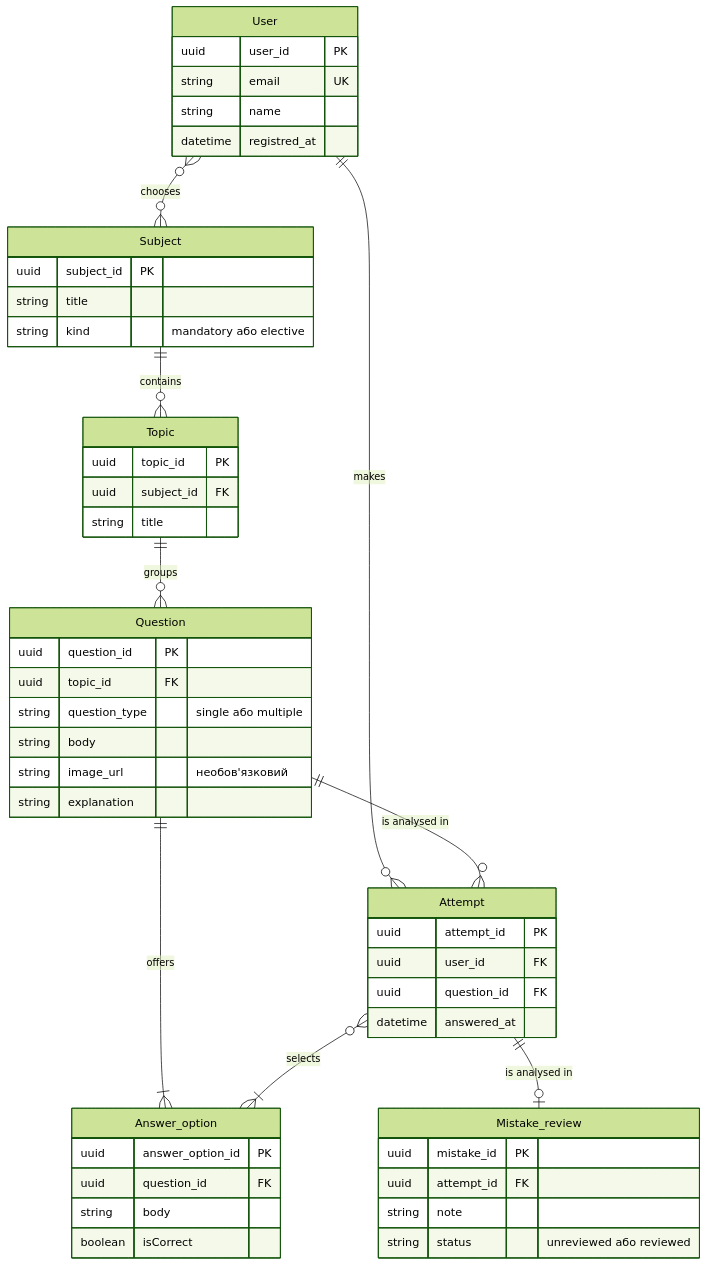
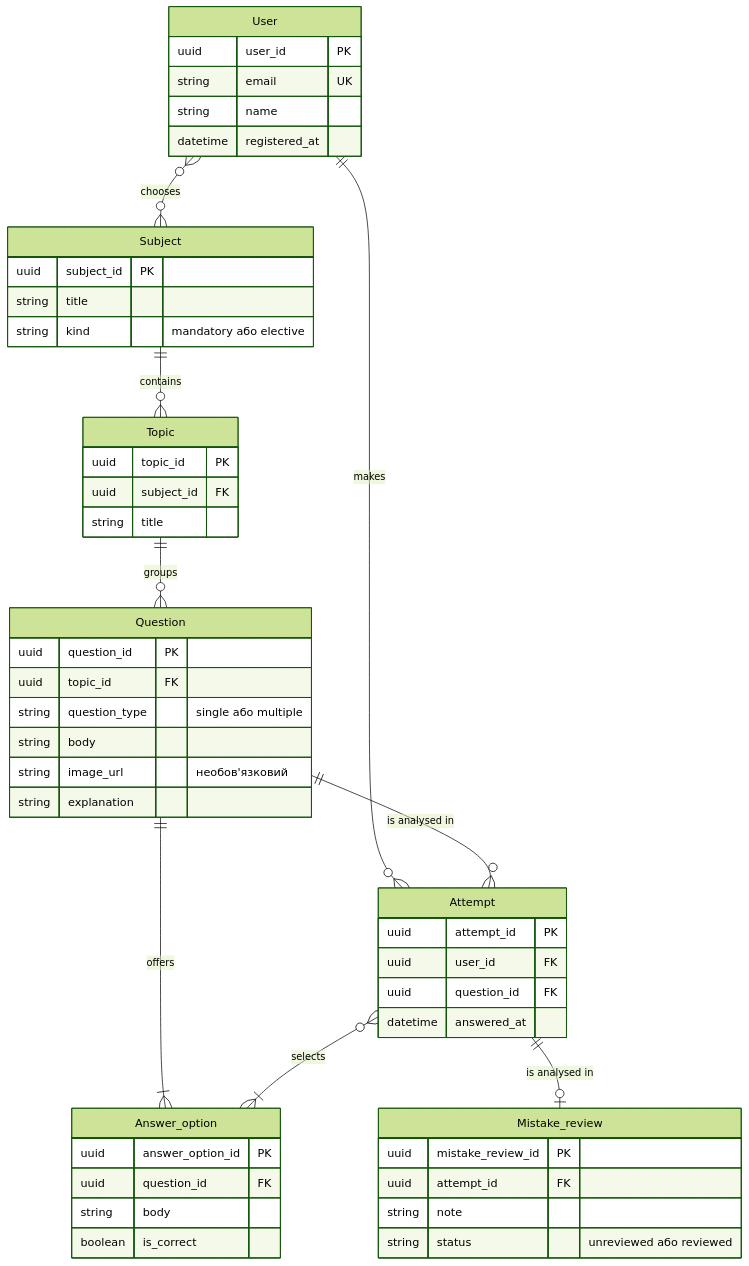
One commit to k0dekk/mavpz changed the diagram in lab1/diagram.mmd. Above: the diagram before and after it, drawn with Mermaid (forest theme). The commit also changed 1 other file, not shown here.

```diff
--- a/lab1/diagram.mmd
+++ b/lab1/diagram.mmd
@@ -1,58 +1,58 @@
 erDiagram
     User {
         uuid user_id PK
         string email UK
         string name
-        datetime registred_at
+        datetime registered_at
     }
 
     Subject {
         uuid subject_id PK
         string title
         string kind "mandatory або elective"
     }
 
     Topic {
         uuid topic_id PK
         uuid subject_id FK
         string title
     }
 
     Question {
         uuid question_id PK
         uuid topic_id FK
         string question_type "single або multiple"
         string body
         string image_url "необов'язковий"
         string explanation
     }
 
     Answer_option {
         uuid answer_option_id PK
         uuid question_id FK
         string body
-        boolean isCorrect
+        boolean is_correct
     }
 
     Attempt {
         uuid attempt_id PK
         uuid user_id FK
         uuid question_id FK
         datetime answered_at
     }
 
     Mistake_review {
-        uuid mistake_id PK
+        uuid mistake_review_id PK
         uuid attempt_id FK
         string note
         string status "unreviewed або reviewed"
     }
 
     Subject ||--o{ Topic : "contains"
     Topic ||--o{ Question : "groups"
     Question ||--|{ Answer_option : "offers"
     User ||--o{ Attempt : "makes"
     Question ||--o{ Attempt : "is analysed in"
     Attempt }o--|{ Answer_option : "selects"
     Attempt ||--o| Mistake_review : "is analysed in"
     User }o--o{ Subject : "chooses"
```
